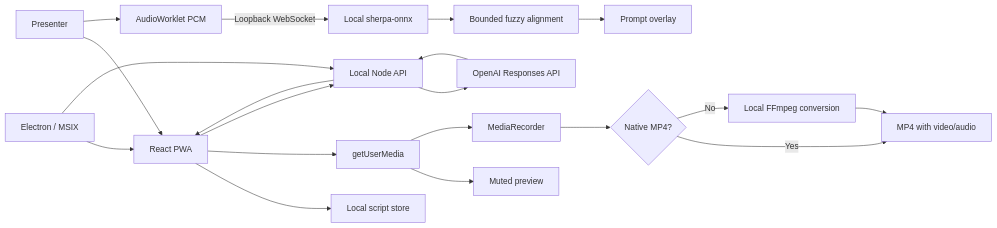
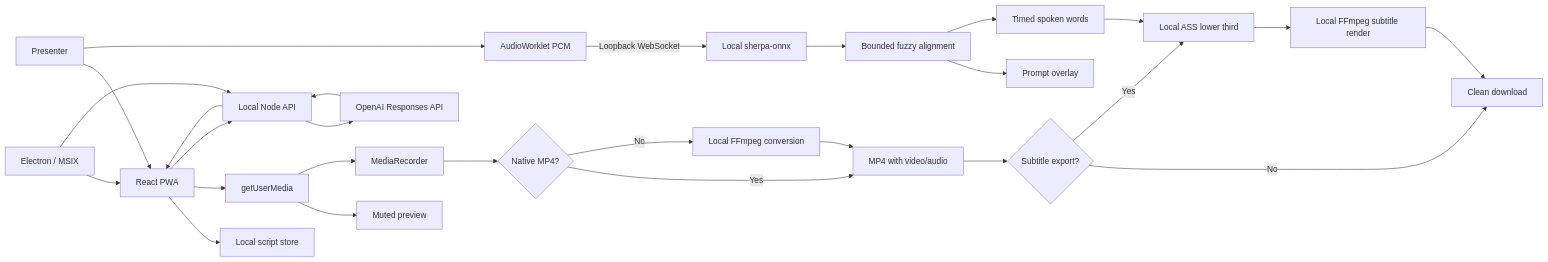
One commit to ReleasedGroup/PrompterPro changed the diagram in docs/ARCHITECTURE.md. Above: the diagram before and after it, drawn with Mermaid. The commit also changed other lines of this file and 11 other files, not shown here.

Commit message:
feat: add highlighted subtitle video export

````diff
--- a/docs/ARCHITECTURE.md
+++ b/docs/ARCHITECTURE.md
@@ -13,22 +13,29 @@
 ```mermaid
 flowchart LR
   U["Presenter"] --> UI["React PWA"]
   WIN["Electron / MSIX"] --> UI
   WIN --> API
   UI --> LS["Local script store"]
   UI --> CAM["getUserMedia"]
   CAM --> PREVIEW["Muted preview"]
   CAM --> REC["MediaRecorder"]
   REC --> MP4{"Native MP4?"}
   MP4 -->|"Yes"| FILE["MP4 with video/audio"]
   MP4 -->|"No"| FFMPEG["Local FFmpeg conversion"]
   FFMPEG --> FILE
   U --> PCM["AudioWorklet PCM"]
   PCM -->|"Loopback WebSocket"| STT["Local sherpa-onnx"]
   STT --> ALIGN["Bounded fuzzy alignment"]
   ALIGN --> OVERLAY["Prompt overlay"]
+  ALIGN --> WORDS["Timed spoken words"]
+  WORDS --> ASS["Local ASS lower third"]
+  FILE --> STYLE{"Subtitle export?"}
+  STYLE -->|"No"| DOWNLOAD["Clean download"]
+  STYLE -->|"Yes"| ASS
+  ASS --> RENDER["Local FFmpeg subtitle render"]
+  RENDER --> DOWNLOAD
   UI --> API["Local Node API"]
   API --> OAI["OpenAI Responses API"]
   OAI --> API
   API --> UI
 ```
````
